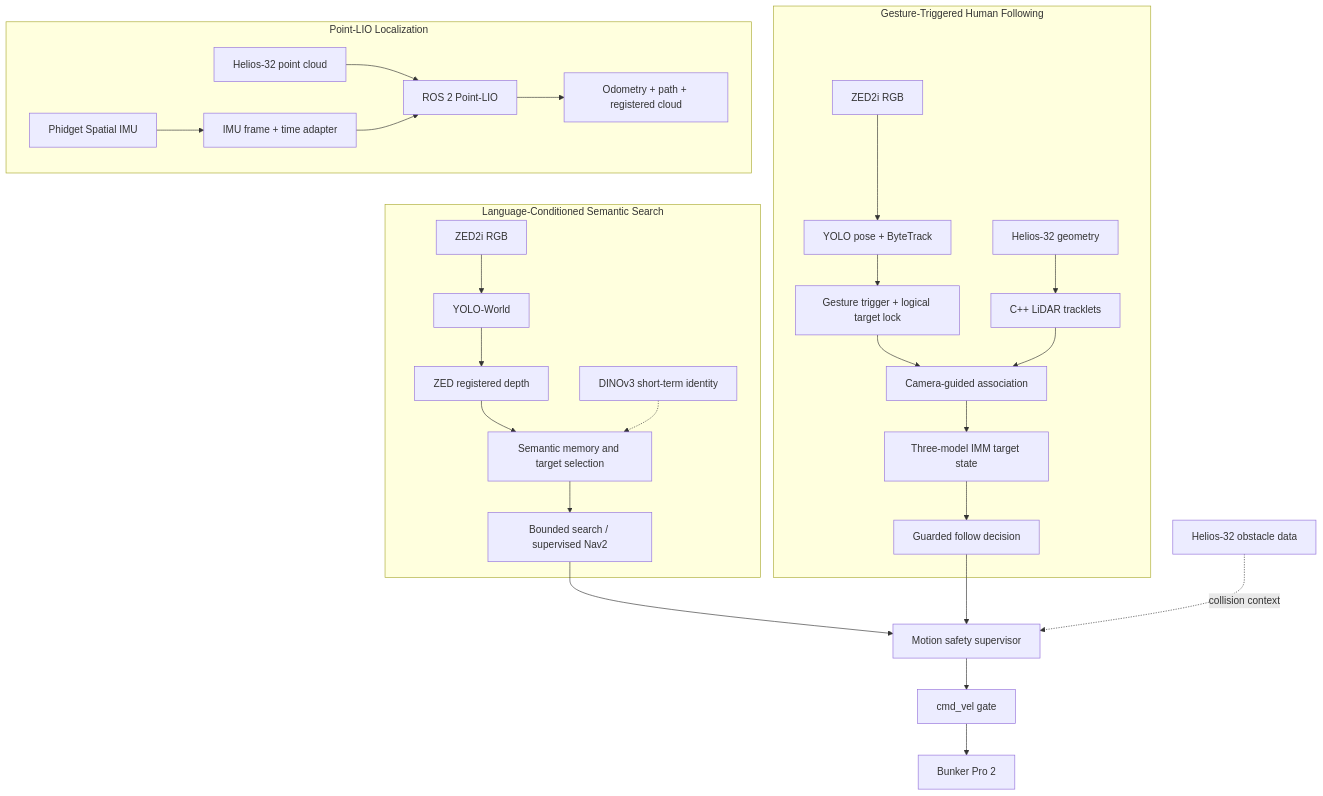
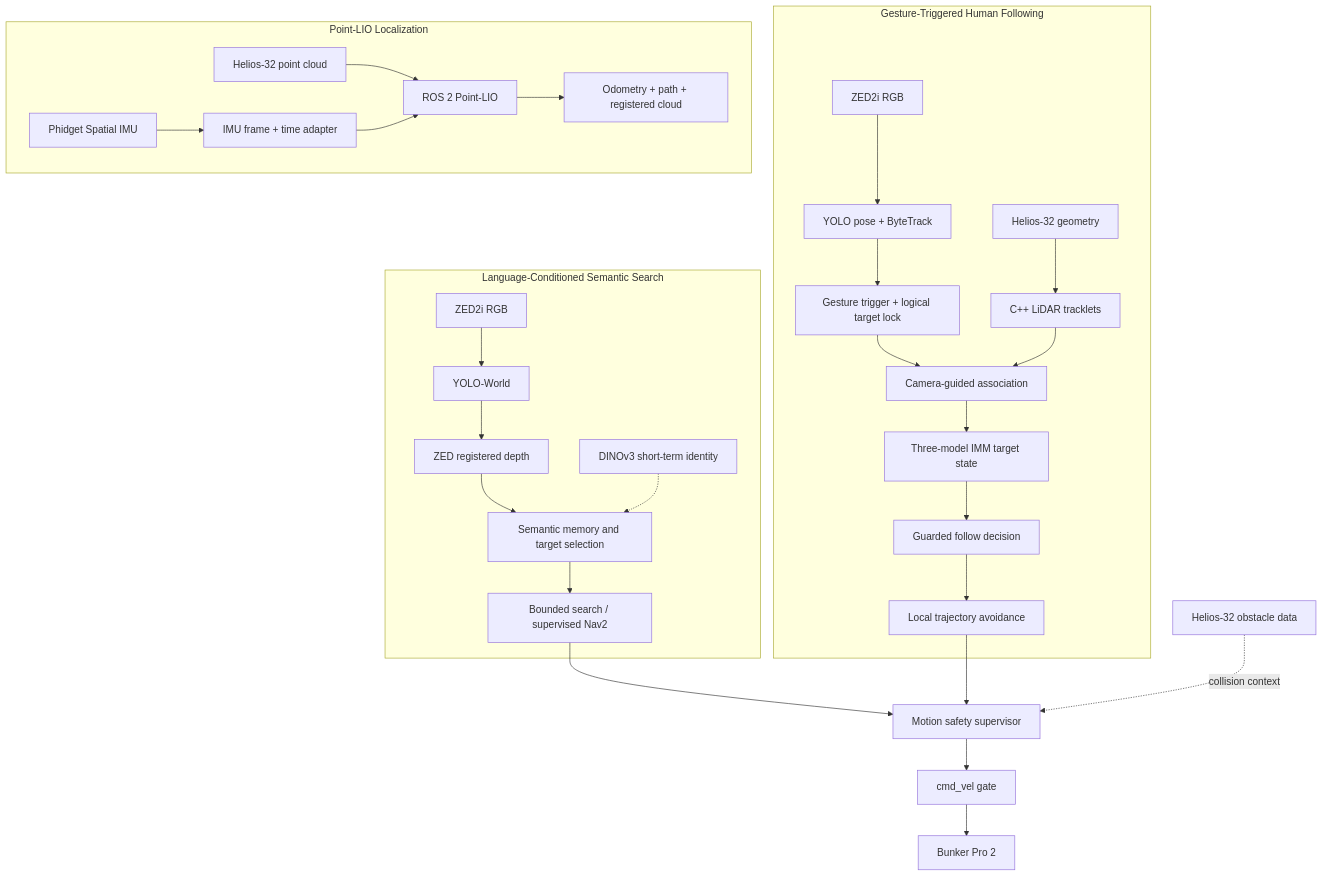
The diagram in README.md (ZZY5825/Track-robot-workspace), drawn with Mermaid before and after one commit. The commit also changed other lines of this file and 2 other files, not shown here.

Commit message:
docs: publish human-following safety workflow

````diff
--- a/README.md
+++ b/README.md
@@ -39,33 +39,34 @@
 ```mermaid
 flowchart TB
   subgraph Semantic["Language-Conditioned Semantic Search"]
     S_RGB["ZED2i RGB"] --> S_YOLO["YOLO-World"]
     S_YOLO --> S_DEPTH["ZED registered depth"]
     S_DEPTH --> S_MEMORY["Semantic memory and target selection"]
     S_DINO["DINOv3 short-term identity"] -.-> S_MEMORY
     S_MEMORY --> S_NAV["Bounded search / supervised Nav2"]
   end
 
   subgraph Human["Gesture-Triggered Human Following"]
     H_RGB["ZED2i RGB"] --> H_POSE["YOLO pose + ByteTrack"]
     H_POSE --> H_LOCK["Gesture trigger + logical target lock"]
     H_LIDAR["Helios-32 geometry"] --> H_TRACK["C++ LiDAR tracklets"]
     H_LOCK --> H_ASSOC["Camera-guided association"]
     H_TRACK --> H_ASSOC
     H_ASSOC --> H_IMM["Three-model IMM target state"]
     H_IMM --> H_FOLLOW["Guarded follow decision"]
+    H_FOLLOW --> H_AVOID["Local trajectory avoidance"]
   end
 
   subgraph LIO["Point-LIO Localization"]
     L_LIDAR["Helios-32 point cloud"] --> L_POINT["ROS 2 Point-LIO"]
     L_IMU["Phidget Spatial IMU"] --> L_ADAPTER["IMU frame + time adapter"]
     L_ADAPTER --> L_POINT
     L_POINT --> L_OUTPUT["Odometry + path + registered cloud"]
   end
 
   S_NAV --> SAFETY["Motion safety supervisor"]
-  H_FOLLOW --> SAFETY
+  H_AVOID --> SAFETY
   S_OBSTACLE["Helios-32 obstacle data"] -. "collision context" .-> SAFETY
   SAFETY --> GATE["cmd_vel gate"]
   GATE --> BASE["Bunker Pro 2"]
 ```
````
